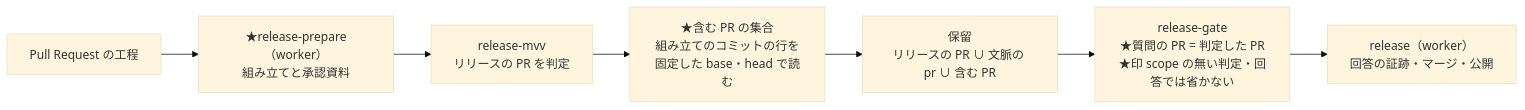
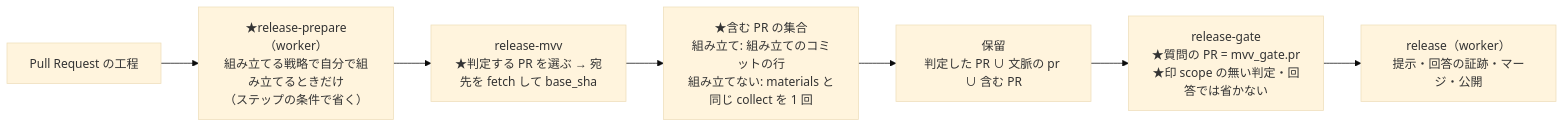
The second of 3 diagrams in issues/issue-4105-design.md (devbasex/ai-plugins), drawn with Mermaid (base theme) before and after one commit. The commit also changed other lines of this file and 1 other file, not shown here.

````diff
--- a/issues/issue-4105-design.md
+++ b/issues/issue-4105-design.md
@@ -42,9 +48,9 @@
 ```mermaid
 graph LR
-  PRM["Pull Request の工程"] --> PREP["★release-prepare（worker）<br>組み立てと承認資料"]
-  PREP --> MVV["release-mvv<br>リリースの PR を判定"]
-  MVV --> SC["★含む PR の集合<br>組み立てのコミットの行を<br>固定した base・head で読む"]
-  SC --> H["保留<br>リリースの PR ∪ 文脈の pr ∪ 含む PR"]
-  H --> GATE["release-gate<br>★質問の PR = 判定した PR<br>★印 scope の無い判定・回答では省かない"]
-  GATE --> REL["release（worker）<br>回答の証跡・マージ・公開"]
+  PRM["Pull Request の工程"] --> PREP["★release-prepare（worker）<br>組み立てる戦略で自分で組み立てるときだけ<br>（ステップの条件で省く）"]
+  PREP --> MVV["release-mvv<br>★判定する PR を選ぶ → 宛先を fetch して base_sha"]
+  MVV --> SC["★含む PR の集合<br>組み立て: 組み立てのコミットの行<br>組み立てない: materials と同じ collect を 1 回"]
+  SC --> H["保留<br>判定した PR ∪ 文脈の pr ∪ 含む PR"]
+  H --> GATE["release-gate<br>★質問の PR = mvv_gate.pr<br>★印 scope の無い判定・回答では省かない"]
+  GATE --> REL["release（worker）<br>提示・回答の証跡・マージ・公開"]
 ```
````
